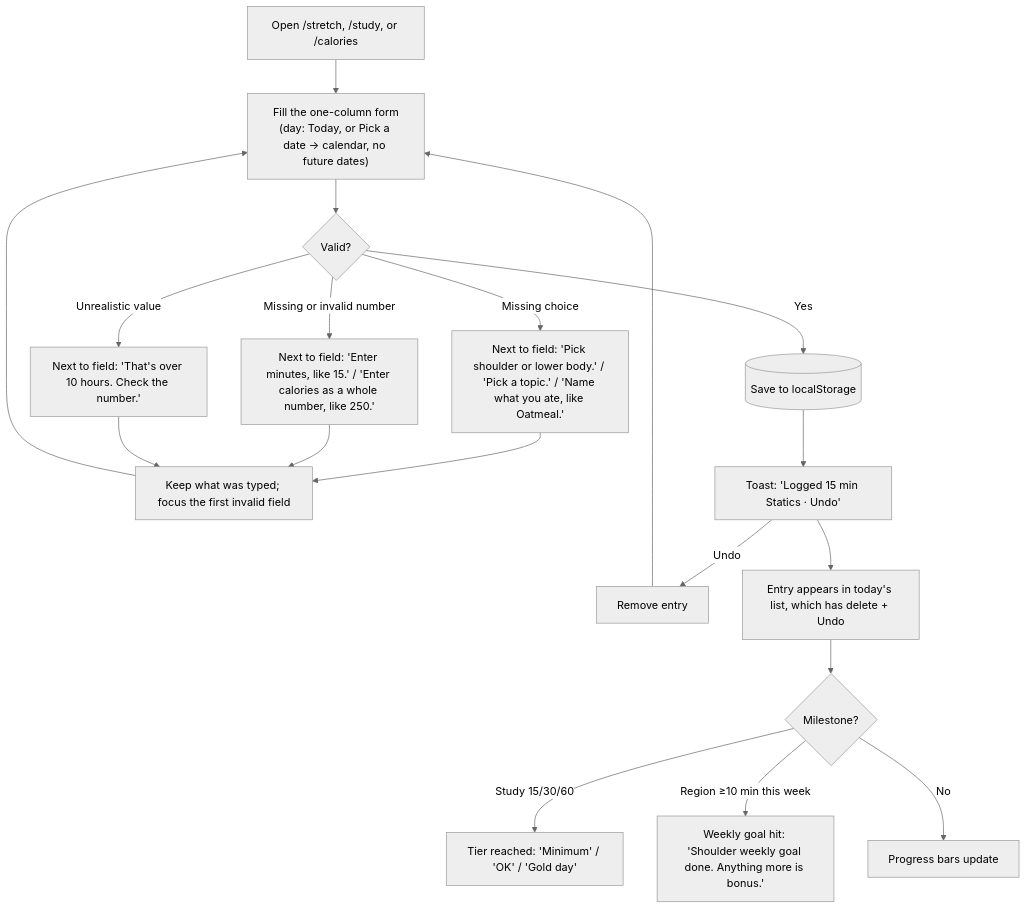
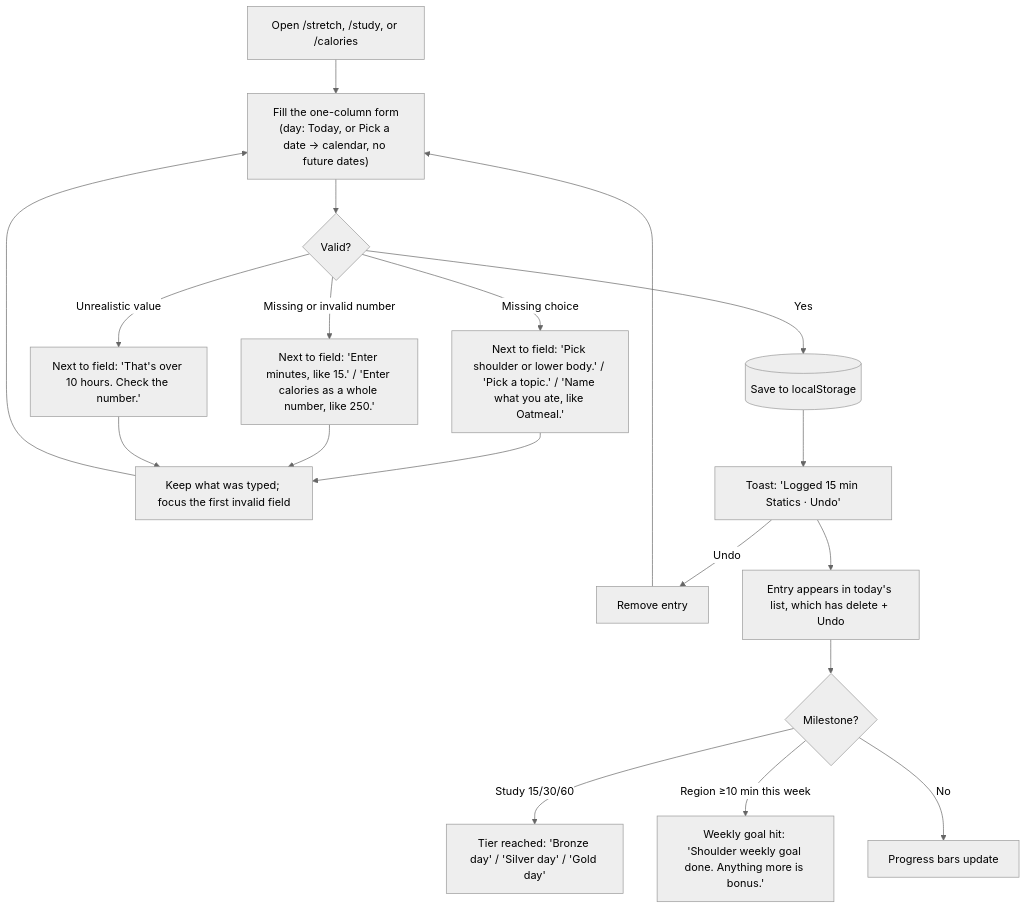
Before and after one commit to phamkd17/DBS-Assignment3: the third of 4 diagrams in flows.md, drawn with Mermaid (neutral theme). The commit also changed 3 other files, not shown here.

Commit message:
Rename study tiers to Bronze (15) / Silver (30) / Gold (60)

````diff
--- a/flows.md
+++ b/flows.md
@@ -50,20 +50,20 @@
 ```mermaid
 flowchart TD
   S[Open /stretch, /study, or /calories] --> F["Fill the one-column form<br/>(day: Today, or Pick a date → calendar, no future dates)"]
   F --> V{Valid?}
   V -- Missing choice --> E1["Next to field: 'Pick shoulder or lower body.' / 'Pick a topic.' / 'Name what you ate, like Oatmeal.'"]
   V -- Missing or invalid number --> E2["Next to field: 'Enter minutes, like 15.' / 'Enter calories as a whole number, like 250.'"]
   V -- Unrealistic value --> E3["Next to field: 'That's over 10 hours. Check the number.'"]
   E1 --> K[Keep what was typed; focus the first invalid field]
   E2 --> K
   E3 --> K
   K --> F
   V -- Yes --> SAVE[(Save to localStorage)]
   SAVE --> T["Toast: 'Logged 15 min Statics · Undo'"]
   T -- Undo --> UNDO[Remove entry] --> F
   T --> L[Entry appears in today's list, which has delete + Undo]
   L --> ST{Milestone?}
-  ST -- Study 15/30/60 --> M1["Tier reached: 'Minimum' / 'OK' / 'Gold day'"]
+  ST -- Study 15/30/60 --> M1["Tier reached: 'Bronze day' / 'Silver day' / 'Gold day'"]
   ST -- Region ≥10 min this week --> M2["Weekly goal hit: 'Shoulder weekly goal done. Anything more is bonus.'"]
   ST -- No --> P[Progress bars update]
 ```
````
